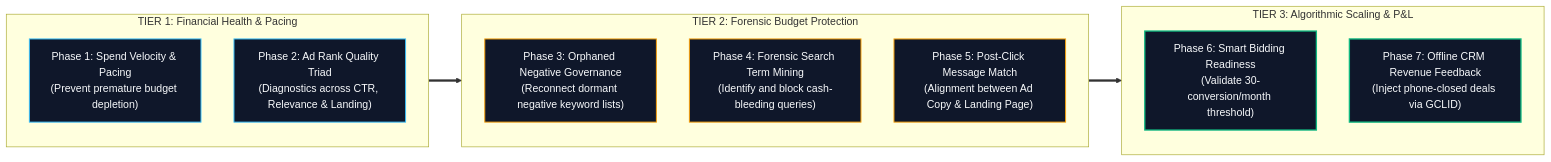
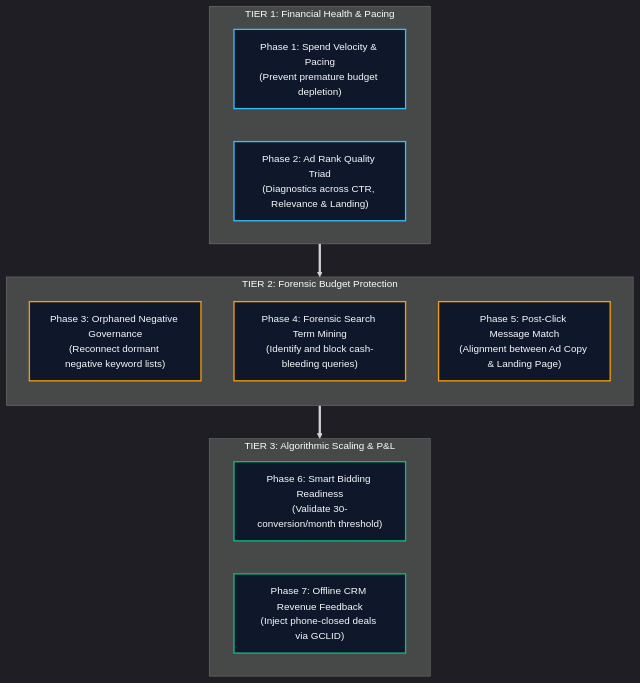
One commit to eddvasquez/mcp-for-google-ads changed the third of 3 diagrams in README.md. Above: the diagram before and after it, drawn with Mermaid. The commit also changed other lines of this file and 1 other file, not shown here.

Commit message:
docs(diagrams): optimizar tamano de fuentes, padding y wrapping para ajuste perfecto 1:1 en GitHub

````diff
--- a/README.md
+++ b/README.md
@@ -173,30 +185,31 @@
 ```mermaid
-flowchart LR
+%%{init: {'theme': 'dark', 'themeVariables': { 'fontSize': '15px' }}}%%
+flowchart TD
     subgraph TIER1 ["TIER 1: Financial Health & Pacing"]
-        direction TB
+        direction LR
         F1["Phase 1: Spend Velocity & Pacing<br>(Prevent premature budget depletion)"]
         F2["Phase 2: Ad Rank Quality Triad<br>(Diagnostics across CTR, Relevance & Landing)"]
     end
 
     subgraph TIER2 ["TIER 2: Forensic Budget Protection"]
         direction TB
         F3["Phase 3: Orphaned Negative Governance<br>(Reconnect dormant negative keyword lists)"]
         F4["Phase 4: Forensic Search Term Mining<br>(Identify and block cash-bleeding queries)"]
         F5["Phase 5: Post-Click Message Match<br>(Alignment between Ad Copy & Landing Page)"]
     end
 
     subgraph TIER3 ["TIER 3: Algorithmic Scaling & P&L"]
-        direction TB
+        direction LR
         F6["Phase 6: Smart Bidding Readiness<br>(Validate 30-conversion/month threshold)"]
         F7["Phase 7: Offline CRM Revenue Feedback<br>(Inject phone-closed deals via GCLID)"]
     end
 
     TIER1 ==> TIER2 ==> TIER3
 
-    classDef n1 fill:#0f172a,stroke:#38bdf8,stroke-width:1.5px,color:#f8fafc;
-    classDef n2 fill:#0f172a,stroke:#f59e0b,stroke-width:1.5px,color:#f8fafc;
+    classDef n1 fill:#0f172a,stroke:#38bdf8,stroke-width:2px,color:#f8fafc;
+    classDef n2 fill:#0f172a,stroke:#f59e0b,stroke-width:2px,color:#f8fafc;
     classDef n3 fill:#0f172a,stroke:#10b981,stroke-width:2px,color:#f8fafc;
     class F1,F2 n1;
     class F3,F4,F5 n2;
     class F6,F7 n3;
 ```
````
